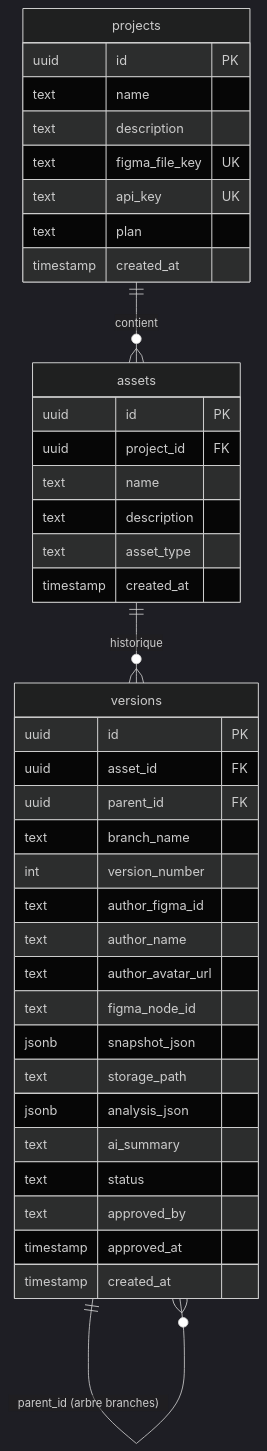
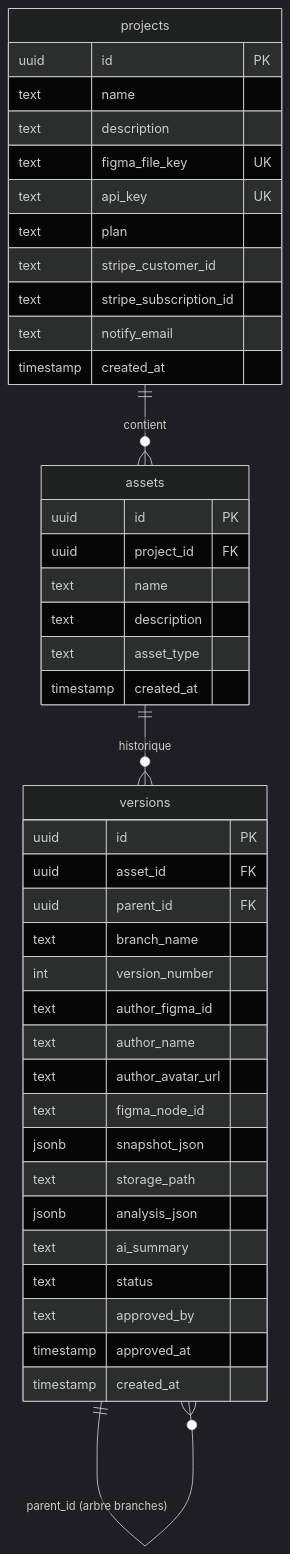
The fourth of 6 diagrams in docs/BC01/01-architecture.md (Hardi99/design-guardian), drawn with Mermaid (dark theme) before and after one commit. The commit also changed other lines of this file and 2 other files, not shown here.

First line of the commit message:
docs: update CHANGELOG, recettes and architecture for notifications + payments

````diff
--- a/docs/BC01/01-architecture.md
+++ b/docs/BC01/01-architecture.md
@@ -115,45 +123,48 @@
 ```mermaid
 erDiagram
     projects {
         uuid id PK
         text name
         text description
         text figma_file_key UK
         text api_key UK
         text plan
+        text stripe_customer_id
+        text stripe_subscription_id
+        text notify_email
         timestamp created_at
     }
 
     assets {
         uuid id PK
         uuid project_id FK
         text name
         text description
         text asset_type
         timestamp created_at
     }
 
     versions {
         uuid id PK
         uuid asset_id FK
         uuid parent_id FK
         text branch_name
         int version_number
         text author_figma_id
         text author_name
         text author_avatar_url
         text figma_node_id
         jsonb snapshot_json
         text storage_path
         jsonb analysis_json
         text ai_summary
         text status
         text approved_by
         timestamp approved_at
         timestamp created_at
     }
 
     projects ||--o{ assets : "contient"
     assets ||--o{ versions : "historique"
     versions ||--o{ versions : "parent_id (arbre branches)"
 ```
````
